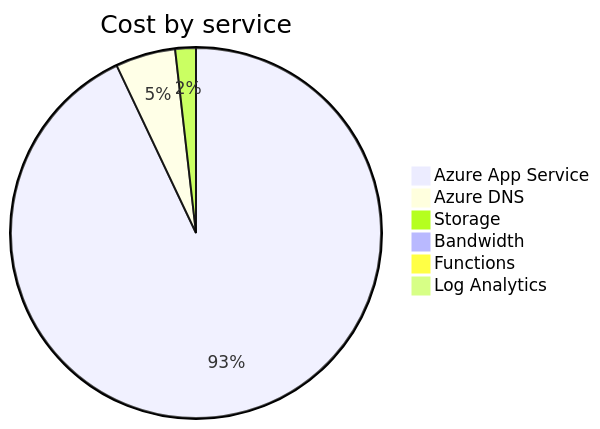
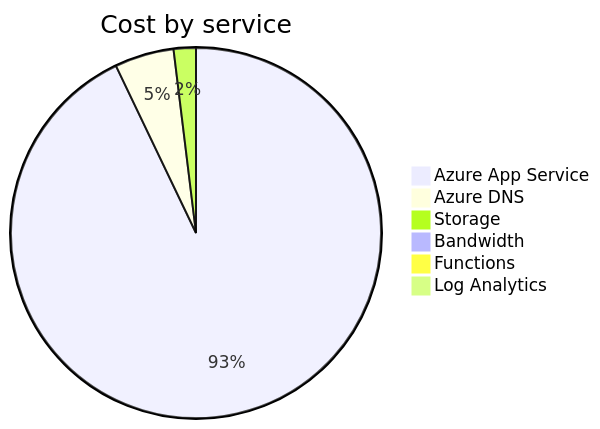
The second of 4 diagrams in cost-reports/accumulated-cost.md (jpfulton/azure-personal-reports), drawn with Mermaid before and after one commit. The commit also changed other lines of this file and 4 other files, not shown here.

````diff
--- a/cost-reports/accumulated-cost.md
+++ b/cost-reports/accumulated-cost.md
@@ -98,10 +98,10 @@
 ```mermaid
 pie
    title Cost by service
-   "Azure App Service" : 5.15
-   "Azure DNS" : 0.29
-   "Storage" : 0.10
+   "Azure App Service" : 5.75
+   "Azure DNS" : 0.32
+   "Storage" : 0.12
    "Bandwidth" : 0.00
    "Functions" : 0.00
    "Log Analytics" : 0.00
 ```
````
